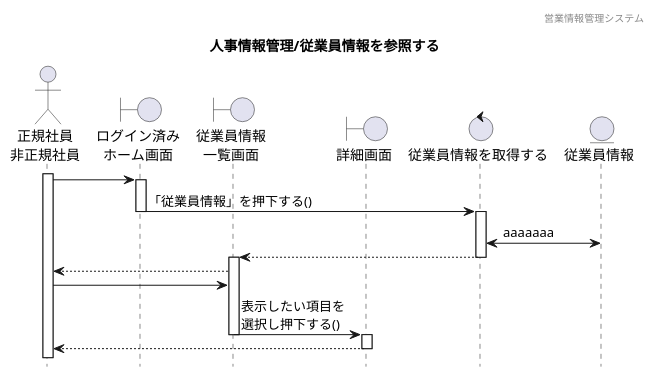
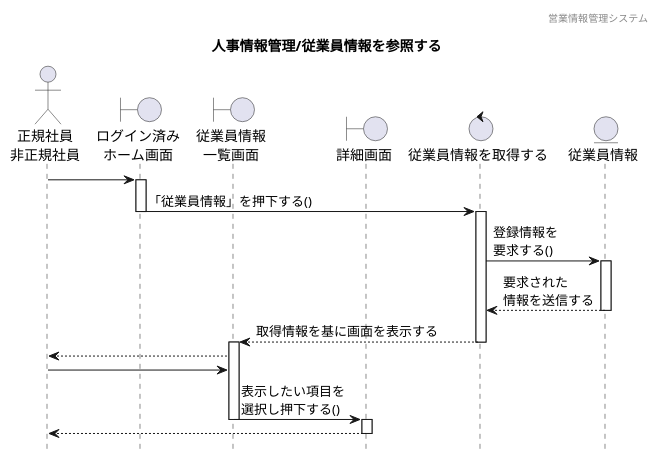
The diagram in 各種設計書/4シーケンス図/人事情報管理/1.従業員情報参照/従業員情報参照_未.plantuml (HaruShim/Sotuken), drawn with PlantUML before and after one commit. The commit also changed 5 other files, not shown here.

```diff
--- a/各種設計書/4シーケンス図/人事情報管理/1.従業員情報参照/従業員情報参照_未.plantuml
+++ b/各種設計書/4シーケンス図/人事情報管理/1.従業員情報参照/従業員情報参照_未.plantuml
@@ -1,44 +1,47 @@
 @startuml シーケンス図
 
 hide footbox
 header 営業情報管理システム
 title 人事情報管理/従業員情報を参照する
 
 
 
 ' actor "" as 
 actor "正規社員\n非正規社員" as a1
 
 ' boundary "" as 
 boundary "ログイン済み\nホーム画面" as b1
 boundary "従業員情報\n一覧画面" as b2
 boundary "詳細画面" as b3
 
 ' control "" as 
 control "従業員情報を取得する" as c1
 
 ' entity "" as
 entity "従業員情報" as e1
 
 ' 長谷川
-activate a1
+
 a1 -> b1
 activate b1
 b1 -> c1 : 「従業員情報」を押下する()
 deactivate
 activate c1
-c1 <-> e1 : aaaaaaa
-b2 <-- c1
+c1 -> e1 : 登録情報を\n要求する() 
+activate e1
+e1 --> c1 : 要求された\n情報を送信する
+deactivate
+b2 <-- c1 : 取得情報を基に画面を表示する
 deactivate
 activate b2
 a1 <-- b2
 a1 -> b2
 b2 -> b3 : 表示したい項目を\n選択し押下する()
 deactivate
 activate b3
 a1 <-- b3
 deactivate
 
 
 
 @enduml
```
